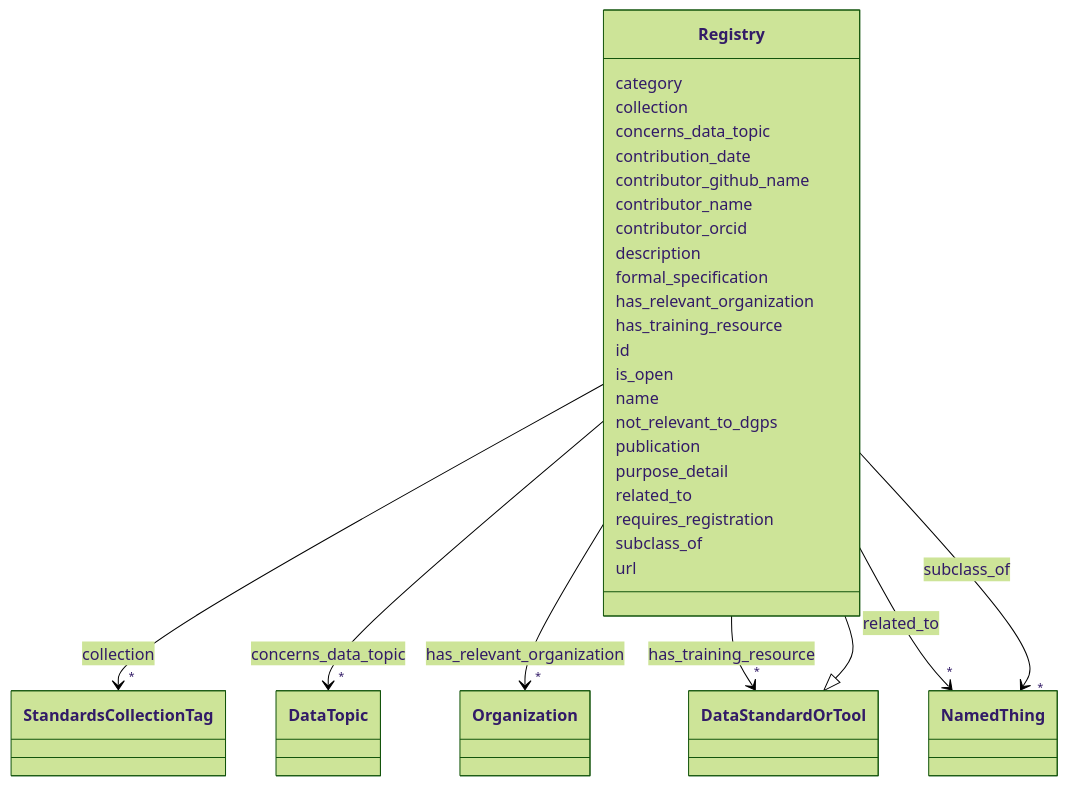
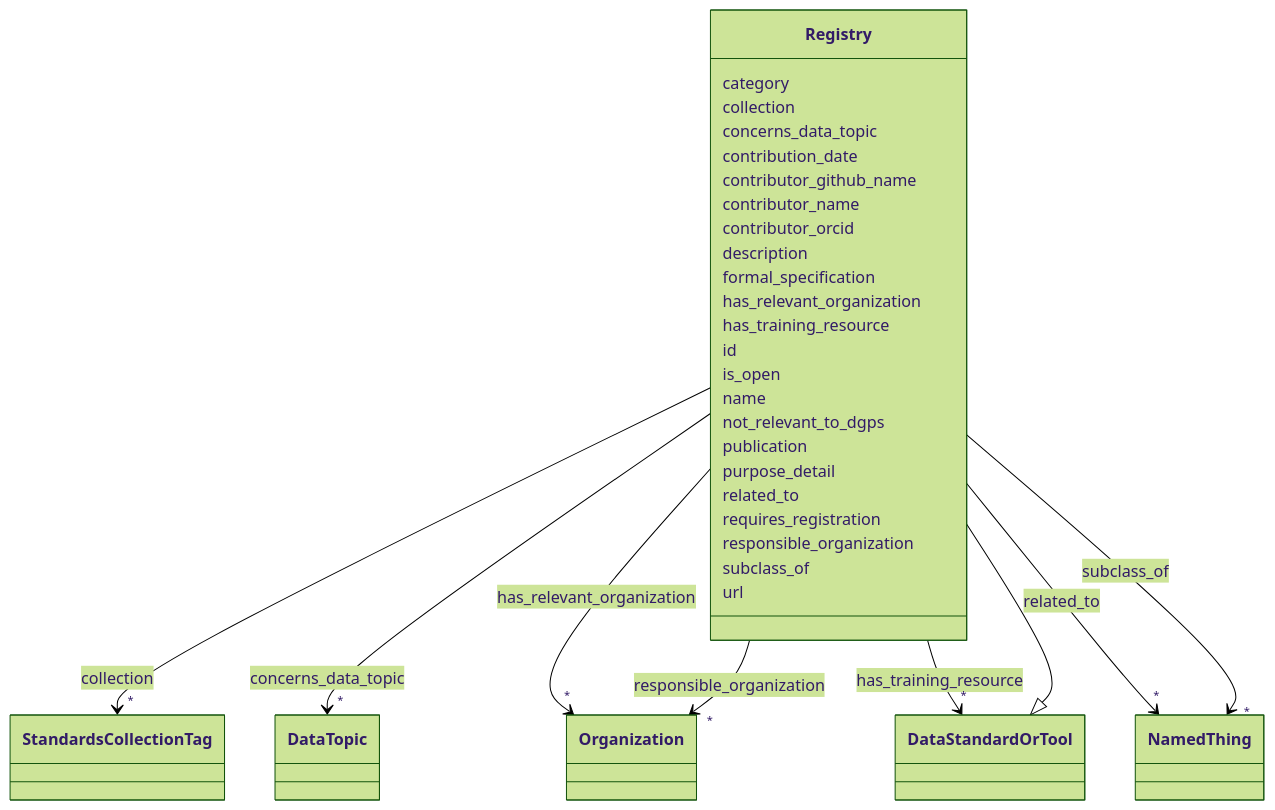
One commit to bridge2ai/standards-schemas changed the diagram in docs/Registry.md. Above: the diagram before and after it, drawn with Mermaid (forest theme). The commit also changed other lines of this file and 37 other files, not shown here.

```diff
--- a/docs/Registry.md
+++ b/docs/Registry.md
@@ -96,6 +96,15 @@
         
       Registry : requires_registration
         
+      Registry : responsible_organization
+        
+          
+    
+    
+    Registry --> "*" Organization : responsible_organization
+    click Organization href "../Organization"
+
+        
       Registry : subclass_of
         
           
```
